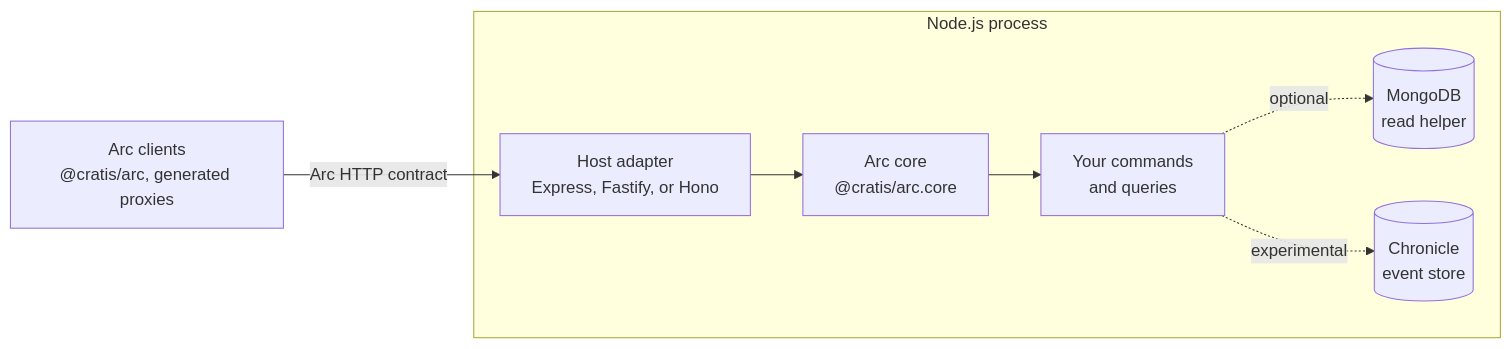
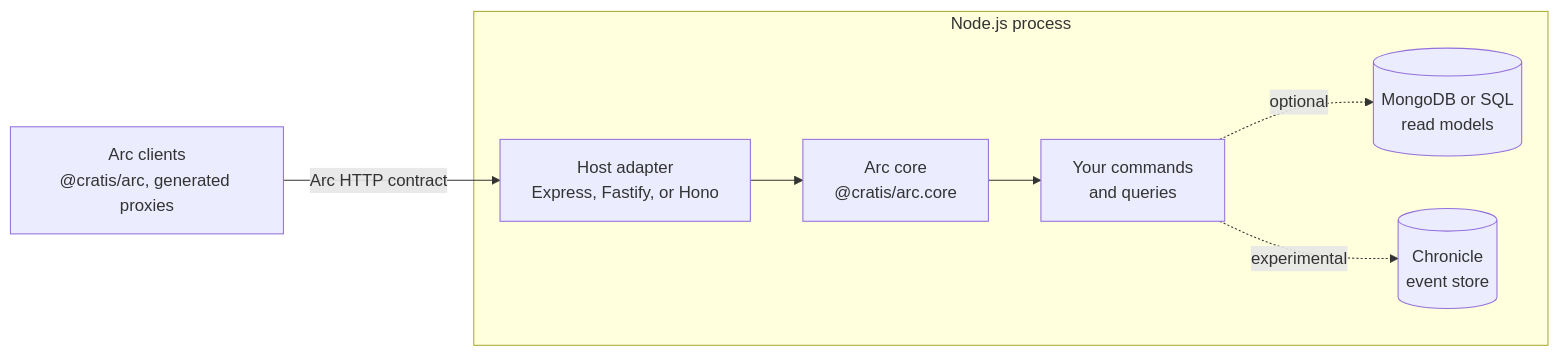
One commit to Cratis/Arc.TypeScript changed the diagram in Documentation/architecture.md. Above: the diagram before and after it, drawn with Mermaid. The commit also changed other lines of this file and 125 other files, not shown here.

````diff
--- a/Documentation/architecture.md
+++ b/Documentation/architecture.md
@@ -14,10 +14,10 @@
 ```mermaid
 flowchart LR
     Client["Arc clients<br/>@cratis/arc, generated proxies"] -->|Arc HTTP contract| Adapter
     subgraph Server["Node.js process"]
         Adapter["Host adapter<br/>Express, Fastify, or Hono"] --> Core["Arc core<br/>@cratis/arc.core"]
         Core --> App["Your commands<br/>and queries"]
-        App -.optional.-> Mongo[("MongoDB<br/>read helper")]
+        App -.optional.-> Mongo[("MongoDB or SQL<br/>read models")]
         App -.experimental.-> Chronicle[("Chronicle<br/>event store")]
     end
 ```
````
